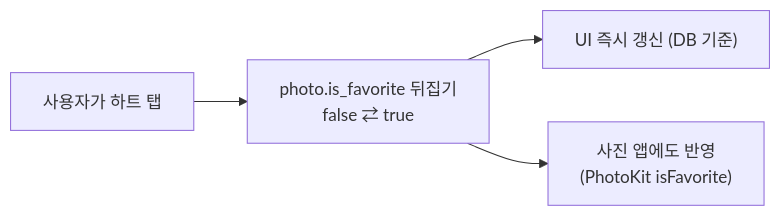
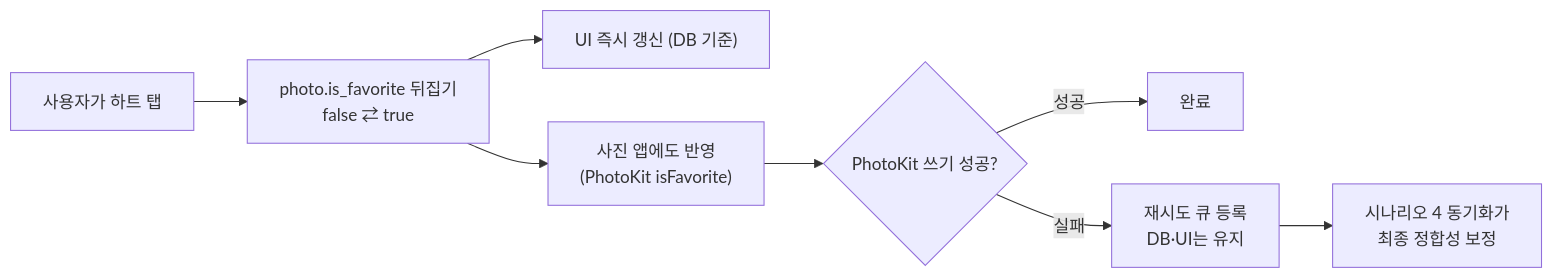
One commit to zipzip-team/zipzip-iOS changed the fifth of 7 diagrams in docs/db-data-flow.md. Above: the diagram before and after it, drawn with Mermaid. The commit also changed other lines of this file and 2 other files, not shown here.

````diff
--- a/docs/db-data-flow.md
+++ b/docs/db-data-flow.md
@@ -220,6 +223,10 @@
 ```mermaid
 flowchart LR
     A["사용자가 하트 탭"] --> B["photo.is_favorite 뒤집기<br/>false ⇄ true"]
     B --> C["UI 즉시 갱신 (DB 기준)"]
     B --> D["사진 앱에도 반영<br/>(PhotoKit isFavorite)"]
+    D --> E{"PhotoKit 쓰기 성공?"}
+    E -- 성공 --> F["완료"]
+    E -- 실패 --> G["재시도 큐 등록<br/>DB·UI는 유지"]
+    G --> H["시나리오 4 동기화가<br/>최종 정합성 보정"]
 ```
````
